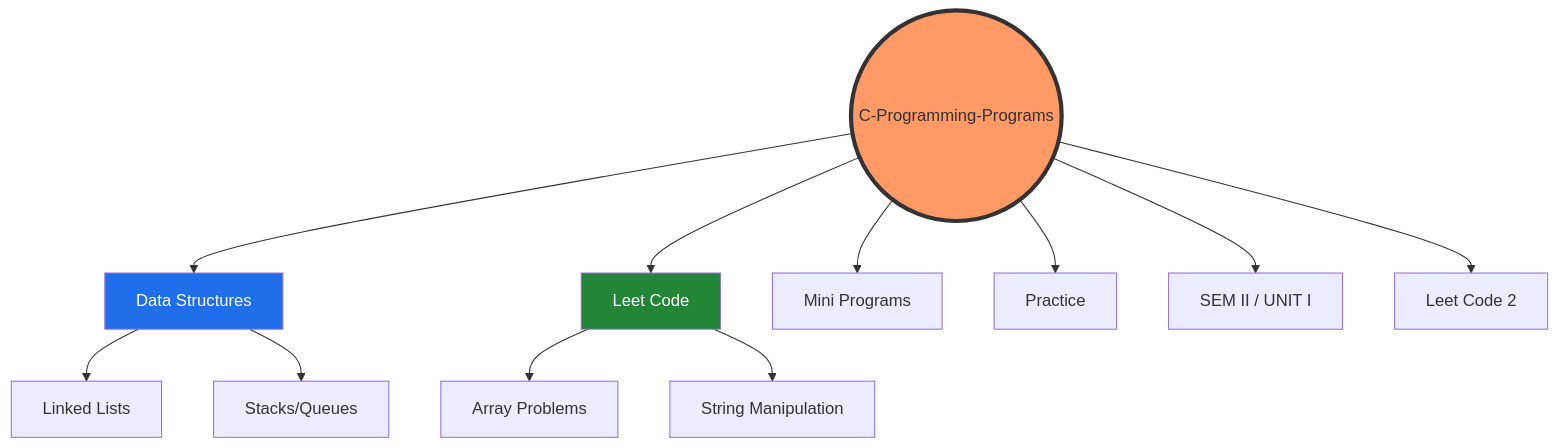
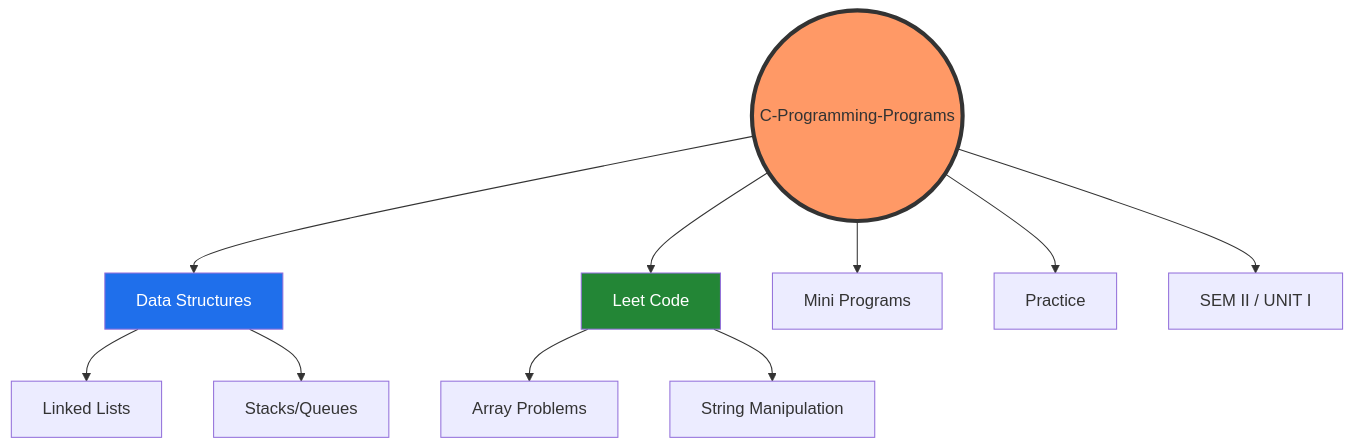
The diagram in README.md (Vaibhav-S-Gowda/C-Programming-Programs), drawn with Mermaid before and after one commit. The commit also changed other lines of this file, not shown here.

Commit message:
slight changes

````diff
--- a/README.md
+++ b/README.md
@@ -19,18 +19,17 @@
 ```mermaid
 graph TD
     Root((C-Programming-Programs)) --> DS[Data Structures]
     Root --> LC[Leet Code]
     Root --> MP[Mini Programs]
     Root --> PR[Practice]
     Root --> SEM[SEM II / UNIT I]
-    Root --> G[Leet Code 2]
     
     DS --> LL[Linked Lists]
     DS --> ST[Stacks/Queues]
     LC --> AR[Array Problems]
     LC --> ST2[String Manipulation]
     
     style Root fill:#f96,stroke:#333,stroke-width:4px
     style DS fill:#1f6feb,color:#fff
     style LC fill:#238636,color:#fff
 ```
````
